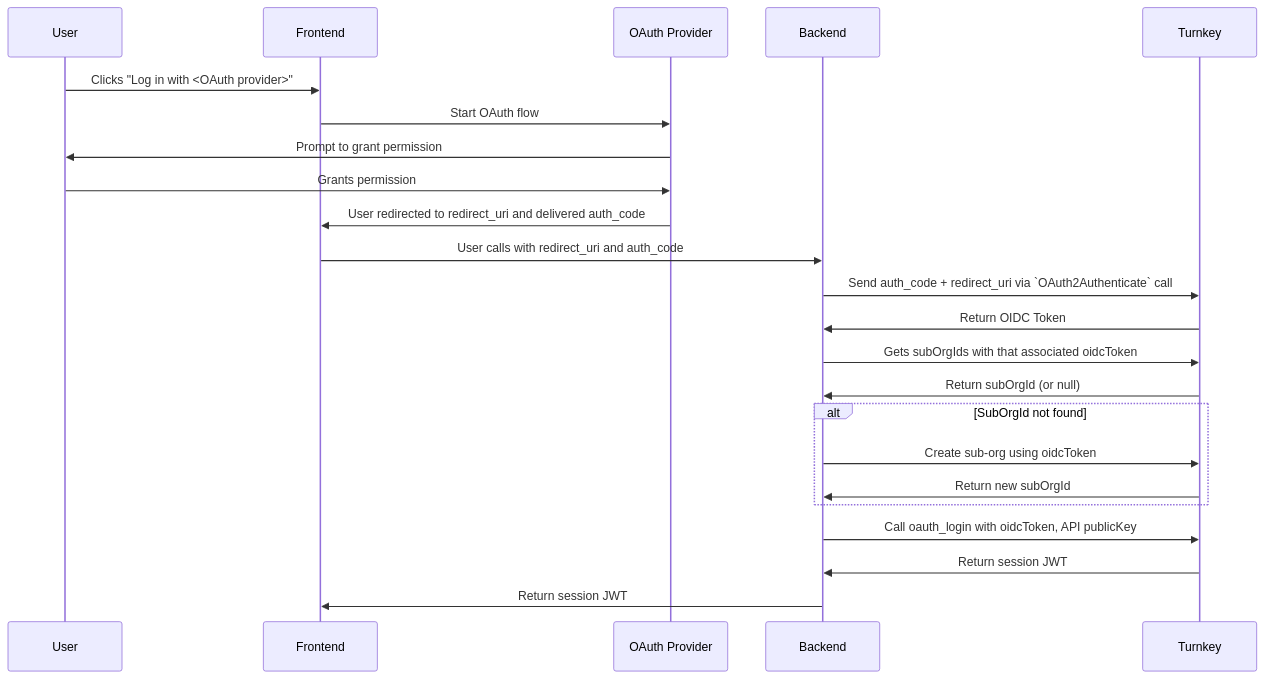
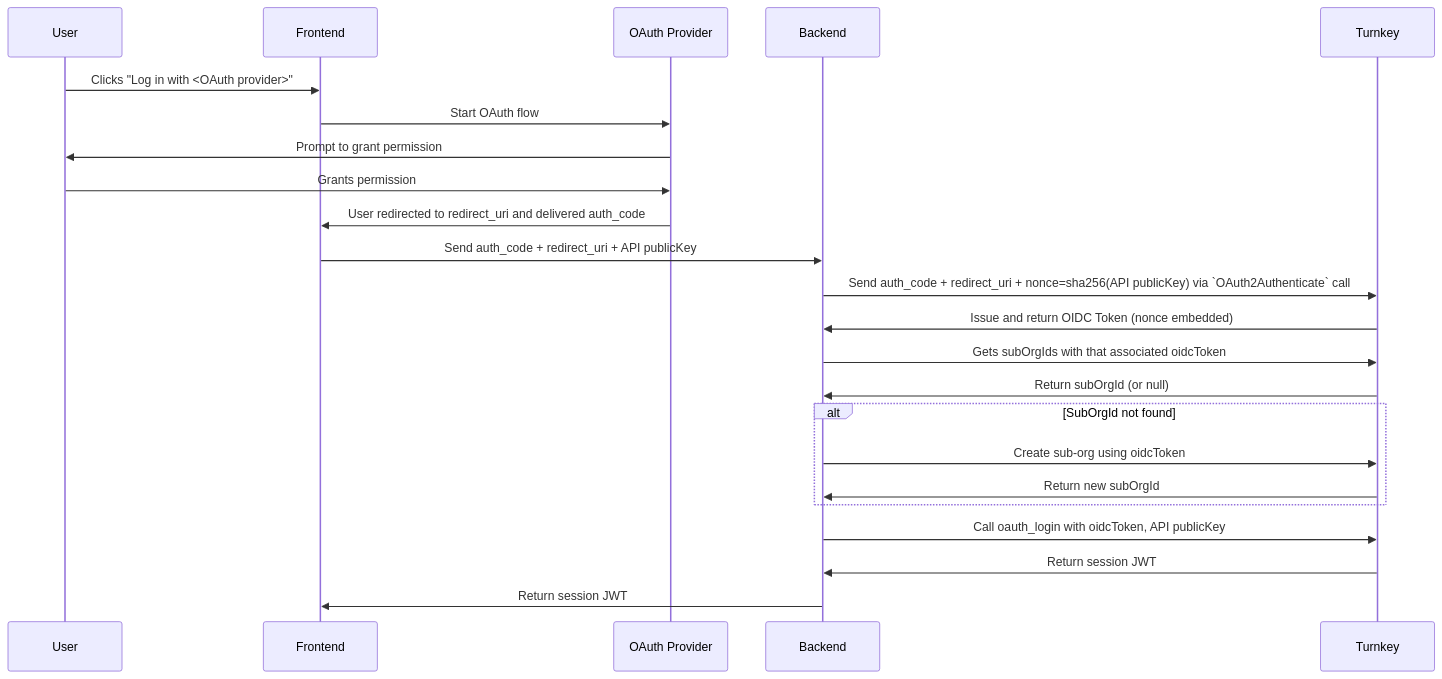
One commit to tkhq/docs changed the second of 2 diagrams in features/authentication/social-logins.mdx. Above: the diagram before and after it, drawn with Mermaid. The commit also changed other lines of this file, not shown here.

Commit message:
fix nonce info

````diff
--- a/features/authentication/social-logins.mdx
+++ b/features/authentication/social-logins.mdx
@@ -103,26 +103,26 @@
 ```mermaid
 sequenceDiagram
     participant User
     participant Frontend
     participant OAuth Provider
     participant Backend
     participant Turnkey
 
     User->>Frontend: Clicks "Log in with <OAuth provider>"
     Frontend->>OAuth Provider: Start OAuth flow
     OAuth Provider->>User: Prompt to grant permission
     User->>OAuth Provider: Grants permission
     OAuth Provider->>Frontend: User redirected to redirect_uri and delivered auth_code
-    Frontend->>Backend: User calls with redirect_uri and auth_code
-    Backend->>Turnkey: Send auth_code + redirect_uri via `OAuth2Authenticate` call
-    Turnkey->>Backend: Return OIDC Token
+    Frontend->>Backend: Send auth_code + redirect_uri + API publicKey
+    Backend->>Turnkey: Send auth_code + redirect_uri + nonce=sha256(API publicKey) via `OAuth2Authenticate` call
+    Turnkey->>Backend: Issue and return OIDC Token (nonce embedded)
     Backend->>Turnkey: Gets subOrgIds with that associated oidcToken
     Turnkey->>Backend: Return subOrgId (or null)
     alt SubOrgId not found
         Backend->>Turnkey: Create sub-org using oidcToken
         Turnkey->>Backend: Return new subOrgId
     end
     Backend->>Turnkey: Call oauth_login with oidcToken, API publicKey
     Turnkey->>Backend: Return session JWT
     Backend->>Frontend: Return session JWT
 ```
````
